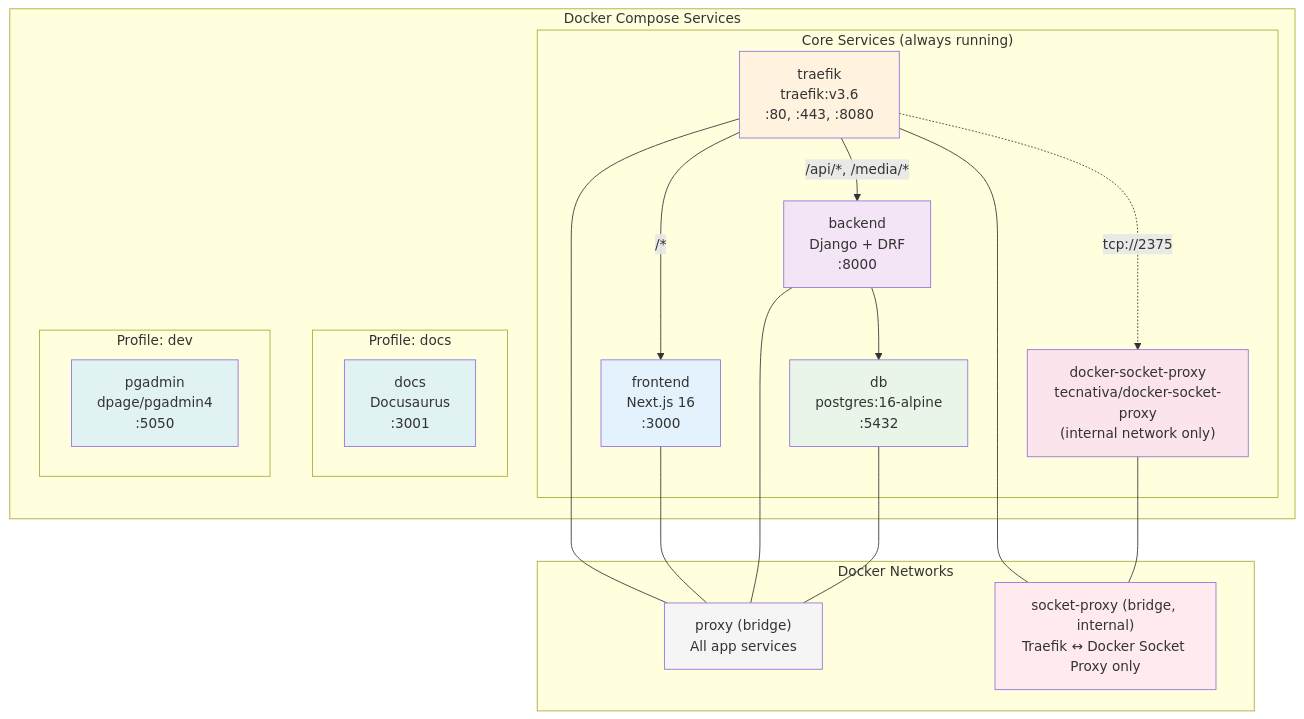
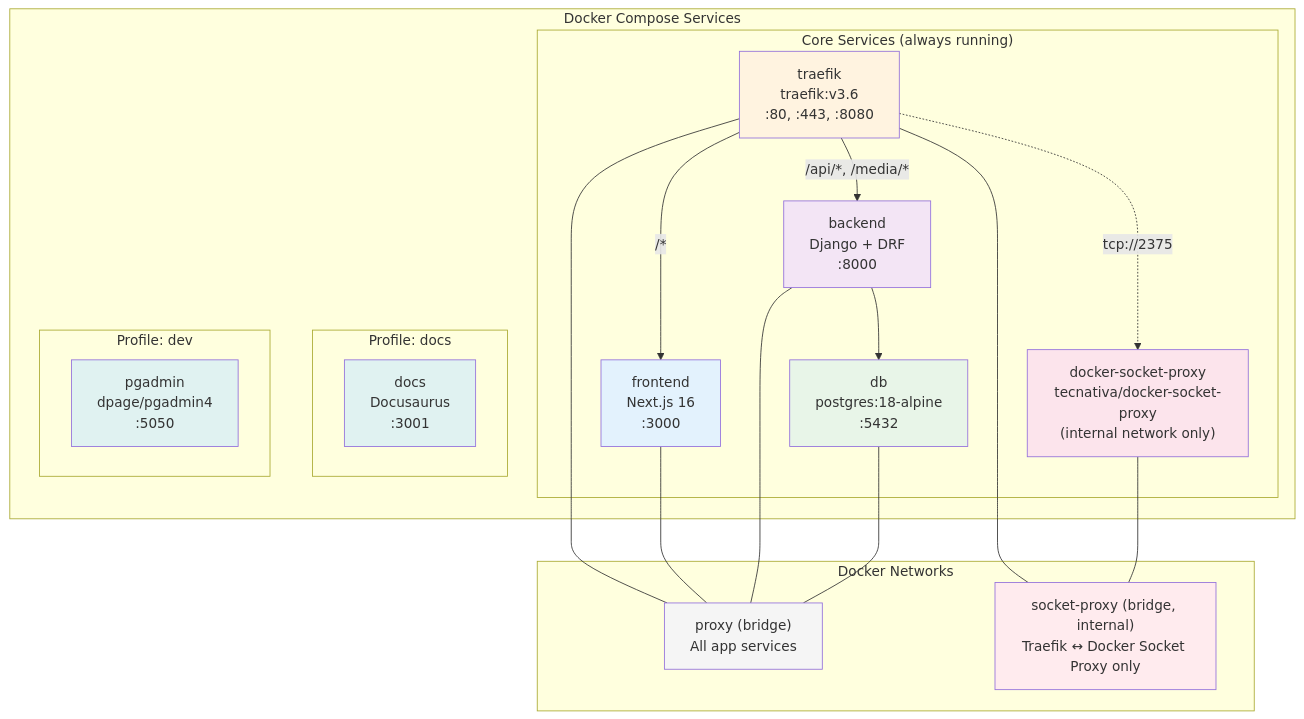
Before and after one commit to maxi3390/happydogs-calendar: the tenth of 10 diagrams in docs/docs/architecture.md, drawn with Mermaid. The commit also changed other lines of this file and 10 other files, not shown here.

First line of the commit message:
chore: update frontend node to 24-alpine, postgres to 18-alpine

````diff
--- a/docs/docs/architecture.md
+++ b/docs/docs/architecture.md
@@ -558,47 +558,47 @@
 ```mermaid
 graph TB
     subgraph "Docker Compose Services"
         subgraph "Core Services (always running)"
-            DB["db<br/>postgres:16-alpine<br/>:5432"]
+            DB["db<br/>postgres:18-alpine<br/>:5432"]
             Backend["backend<br/>Django + DRF<br/>:8000"]
             Frontend["frontend<br/>Next.js 16<br/>:3000"]
             Traefik["traefik<br/>traefik:v3.6<br/>:80, :443, :8080"]
             SocketProxy["docker-socket-proxy<br/>tecnativa/docker-socket-proxy<br/>(internal network only)"]
         end
 
         subgraph "Profile: docs"
             Docs["docs<br/>Docusaurus<br/>:3001"]
         end
 
         subgraph "Profile: dev"
             PgAdmin["pgadmin<br/>dpage/pgadmin4<br/>:5050"]
         end
     end
 
     subgraph "Docker Networks"
         ProxyNet["proxy (bridge)<br/>All app services"]
         SocketNet["socket-proxy (bridge, internal)<br/>Traefik ↔ Docker Socket Proxy only"]
     end
 
     Traefik -->|"/api/*, /media/*"| Backend
     Traefik -->|"/*"| Frontend
     Backend --> DB
     Traefik -.->|"tcp://2375"| SocketProxy
 
     Traefik --- ProxyNet
     Frontend --- ProxyNet
     Backend --- ProxyNet
     DB --- ProxyNet
     Traefik --- SocketNet
     SocketProxy --- SocketNet
 
     style DB fill:#e8f5e8
     style Backend fill:#f3e5f5
     style Frontend fill:#e3f2fd
     style Traefik fill:#fff3e0
     style SocketProxy fill:#fce4ec
     style Docs fill:#e0f2f1
     style PgAdmin fill:#e0f2f1
     style ProxyNet fill:#f5f5f5
     style SocketNet fill:#ffebee
 ```
````
